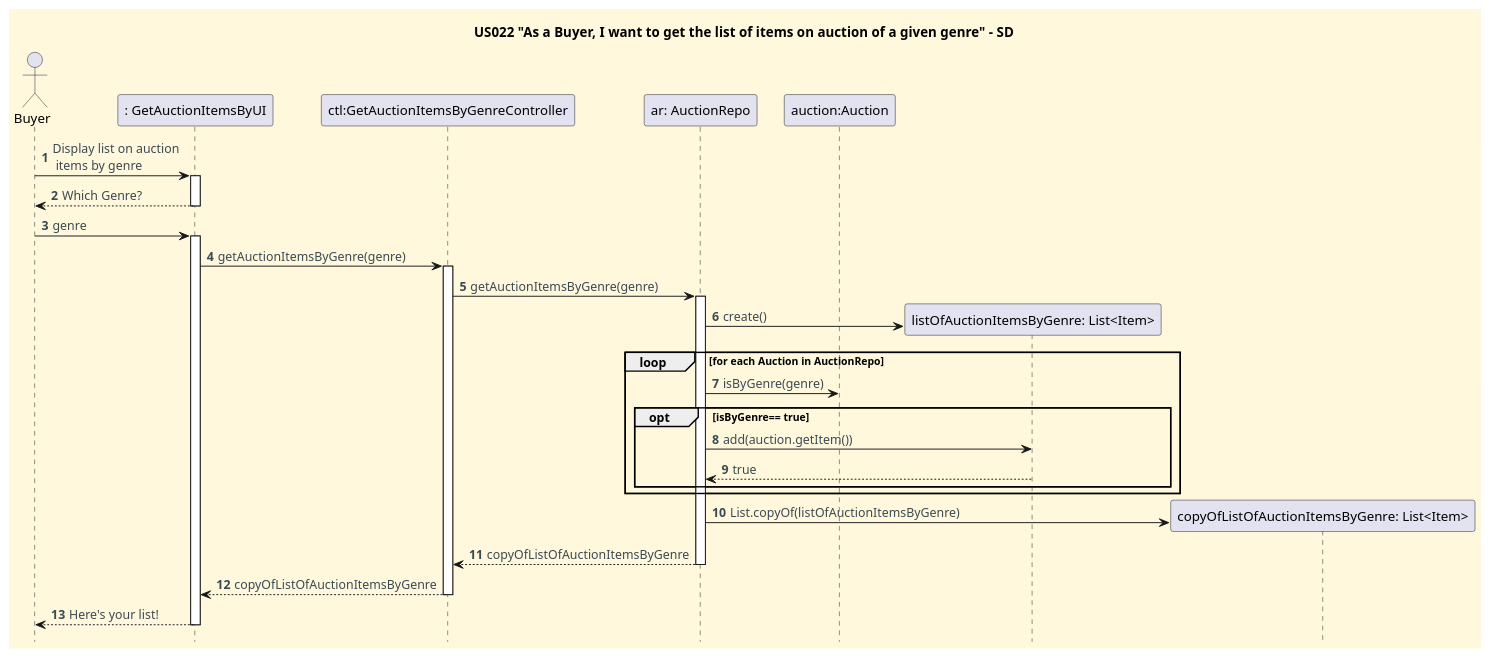
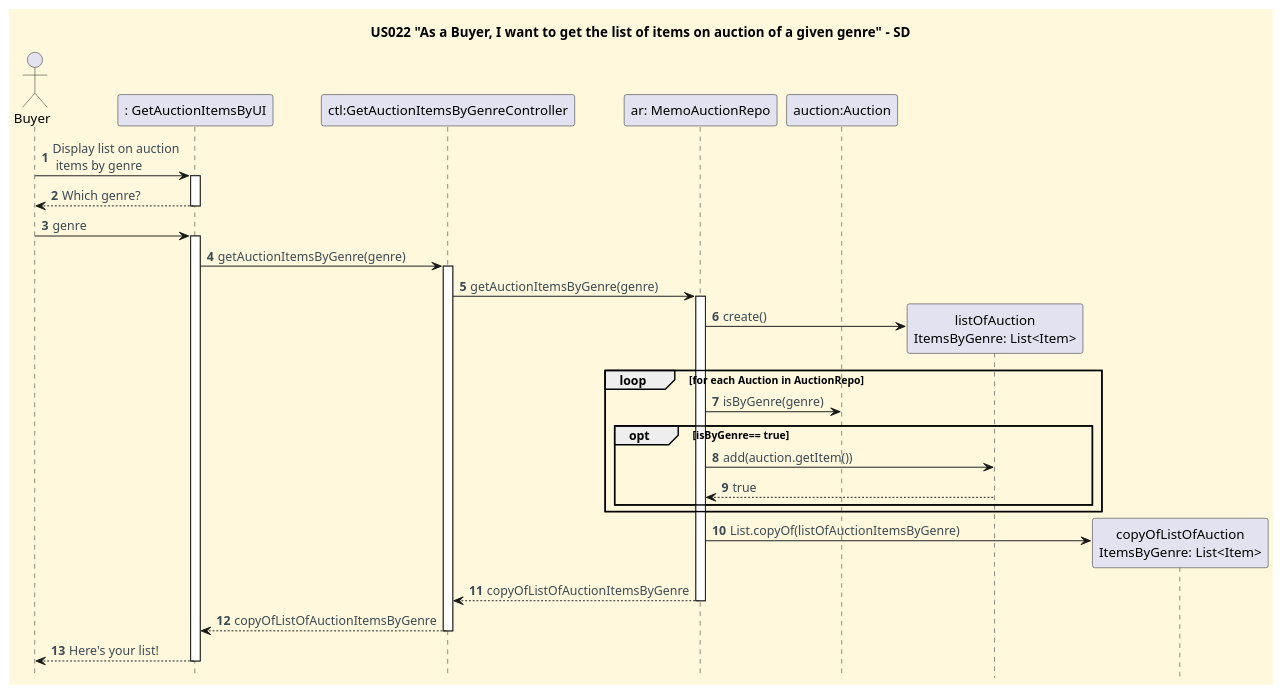
One commit to CarolinaLeite-collab/JavaMarketplacePlatform changed the diagram in docs/userStories/US022/US022_get_the _list_of_items_on_auction_of_a_given_genre_SD.puml. Above: the diagram before and after it, drawn with PlantUML. The commit also changed 1 other file, not shown here.

Commit message:
docs(US022): update SD and CD for AddPublicationToList DDD reengineering.Adds to #379

```diff
--- a/docs/userStories/US022/US022_get_the _list_of_items_on_auction_of_a_given_genre_SD.puml
+++ b/docs/userStories/US022/US022_get_the _list_of_items_on_auction_of_a_given_genre_SD.puml
@@ -1,66 +1,66 @@
 @startuml
 'https://plantuml.com/sequence-diagram
 
 autonumber
 title US022 "As a Buyer, I want to get the list of items on auction of a given genre" - SD
 
 hidefootbox
 
 '==== basic style ====
 skinparam monochrome false
 skinparam shadowing false
 skinparam defaultFontName Futura
 skinparam objectFontSize 20
 skinparam backgroundColor CornSilk
 skinparam objectBackgroundColor WhiteSmoke
 skinparam noteBackgroundColor #FFFFE0
 skinparam ArrowFontColor #3B4953
 skinparam ActivationBackgroundColor black
 
 autonumber
 autoactivate off
 
 ' --- Actor and participants ---'
 
 actor Buyer
 participant ": GetAuctionItemsByUI" as UI
 participant "ctl:GetAuctionItemsByGenreController" as Ctl
-participant "ar: AuctionRepo" as AuctionRepo
+participant "ar: MemoAuctionRepo" as AuctionRepo
 participant "auction:Auction" as auction
 
 Buyer -> UI: Display list on auction\n items by genre
 activate UI
-UI --> Buyer: Which Genre?
+UI --> Buyer: Which genre?
 deactivate UI
 
 Buyer -> UI: genre
 activate UI
 
 UI -> Ctl: getAuctionItemsByGenre(genre)
 activate Ctl
 
 Ctl -> AuctionRepo: getAuctionItemsByGenre(genre)
 activate AuctionRepo
 
 
-create "listOfAuctionItemsByGenre: List<Item>" as List
+create "listOfAuction\nItemsByGenre: List<Item>" as List
 AuctionRepo -> List : create()
 loop for each Auction in AuctionRepo
      AuctionRepo -> auction: isByGenre(genre)
     opt isByGenre== true
         AuctionRepo -> List: add(auction.getItem())
         List --> AuctionRepo :true
     end
 end
 
-create "copyOfListOfAuctionItemsByGenre: List<Item>" as Copy
+create "copyOfListOfAuction\nItemsByGenre: List<Item>" as Copy
 AuctionRepo -> Copy:List.copyOf(listOfAuctionItemsByGenre)
 
 AuctionRepo --> Ctl : copyOfListOfAuctionItemsByGenre
 deactivate AuctionRepo
 Ctl --> UI: copyOfListOfAuctionItemsByGenre
 deactivate Ctl
 UI --> Buyer: Here's your list!
 deactivate UI
 
 @enduml
```
